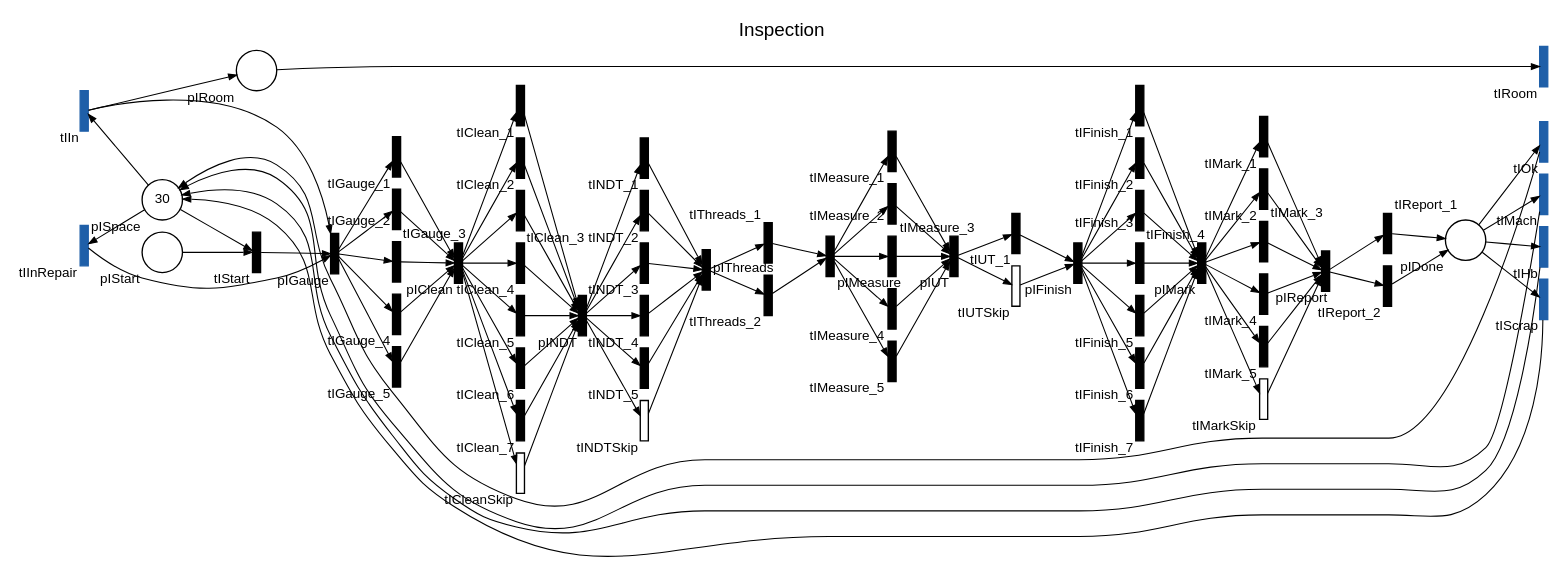
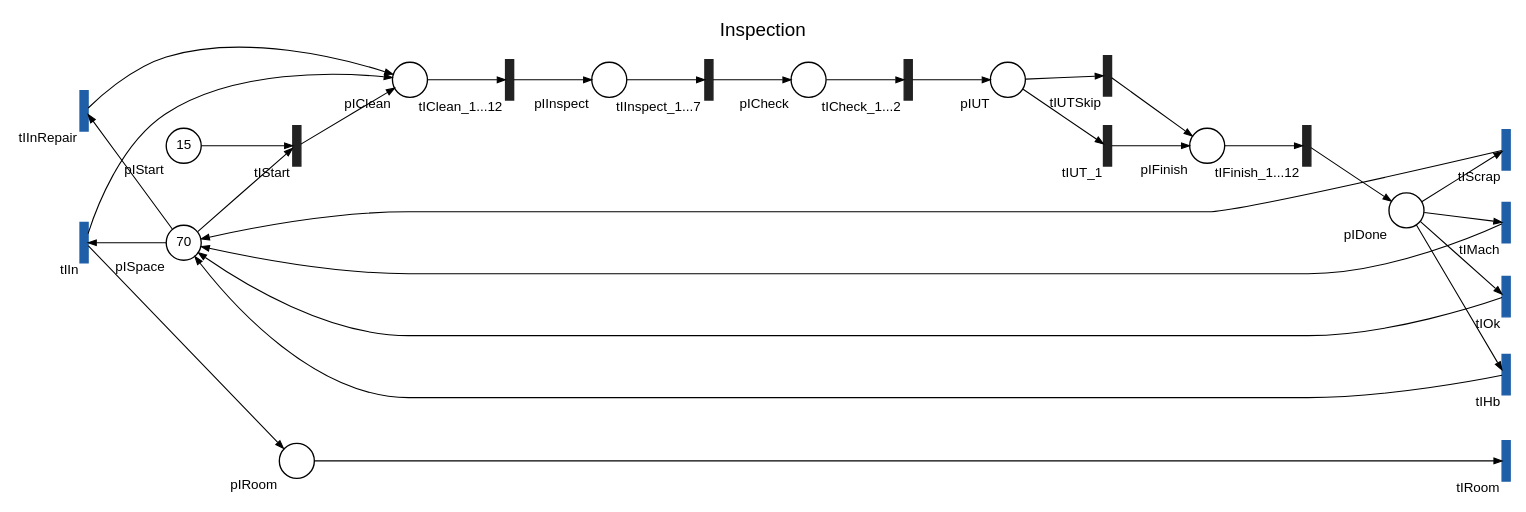
The diagram in figures/nets/inspection.dot (DanyGoT/DAT530-Project), drawn with Graphviz before and after one commit. The commit also changed 21 other files, not shown here.

First line of the commit message:
feat(figures): net drawings made from the PDFs (net_dot)

```diff
--- a/figures/nets/inspection.dot
+++ b/figures/nets/inspection.dot
@@ -1,127 +1,61 @@
-// Inspection module (modules/inspection/inspection_pdf.m)
-// Circles: places. Bars: transitions, blue = port, white = skip.
-// Step k is pI<step> -> tI<step>_1..m -> next step, one transition per person
-// qualified for it (crew [2 3 1 1]: L0 steps 7, L1 5, L2 2, L3 1).
-// tI<step>Skip lets found scrap pass steps it doesn't need.
-// Tokens shown: pISpace = P.hall_space. pIStart (joints on the floor at
-// t = 0) starts from data.
+// Inspection module, made by analysis/net_dot.m from inspection_pdf.m.
 digraph Inspection {
-  rankdir=LR; nodesep=0.12; ranksep=0.55; forcelabels=true;
+  rankdir=LR; nodesep=0.3; ranksep=0.8; forcelabels=true;
   label="Inspection"; labelloc=t; fontname="Helvetica"; fontsize=14;
   node [fontname="Helvetica", fontsize=10, label=""];
   edge [arrowsize=0.6, penwidth=0.8];
-
-  node [shape=box, style=filled, fixedsize=true, width=0.08, height=0.42,
-        color="#1f5fa8", fillcolor="#1f5fa8"];
-  { rank=min; tIIn [xlabel="tIIn"]; tIInRepair [xlabel="tIInRepair"]; }
-  { rank=max; tIRoom [xlabel="tIRoom"]; tIOk [xlabel="tIOk"]; tIMach [xlabel="tIMach"];
-              tIHb [xlabel="tIHb"]; tIScrap [xlabel="tIScrap"]; }
-
-  node [shape=circle, fixedsize=true, width=0.32, style="", color=black, fillcolor=white];
-  pISpace [xlabel="pISpace", label="30"];
-  pIStart [xlabel="pIStart"];
-  pIRoom  [xlabel="pIRoom"];
-  pIDone  [xlabel="pIDone"];
-
-  node [shape=box, style=filled, fixedsize=true, width=0.08, height=0.42,
-        color=black, fillcolor=black];
-  tIStart [xlabel="tIStart"];
-
-  pIStart -> tIStart;  pISpace -> tIStart;  tIStart -> pIGauge;
-  pISpace -> tIIn;     tIIn -> pIGauge;
-  pISpace -> tIInRepair;  tIInRepair -> pIGauge;
-  tIIn -> pIRoom;      pIRoom -> tIRoom;
-
-  // Gauge
-  node [shape=circle, fixedsize=true, width=0.32, style="", color=black, fillcolor=white];
-  pIGauge [xlabel="pIGauge"];
-  node [shape=box, style=filled, fixedsize=true, width=0.08, height=0.42, color=black, fillcolor=black];
-  tIGauge_1 [xlabel="tIGauge_1"];  pIGauge -> tIGauge_1;  tIGauge_1 -> pIClean;
-  tIGauge_2 [xlabel="tIGauge_2"];  pIGauge -> tIGauge_2;  tIGauge_2 -> pIClean;
-  tIGauge_3 [xlabel="tIGauge_3"];  pIGauge -> tIGauge_3;  tIGauge_3 -> pIClean;
-  tIGauge_4 [xlabel="tIGauge_4"];  pIGauge -> tIGauge_4;  tIGauge_4 -> pIClean;
-  tIGauge_5 [xlabel="tIGauge_5"];  pIGauge -> tIGauge_5;  tIGauge_5 -> pIClean;
-
-  // Clean
-  node [shape=circle, fixedsize=true, width=0.32, style="", color=black, fillcolor=white];
-  pIClean [xlabel="pIClean"];
-  node [shape=box, style=filled, fixedsize=true, width=0.08, height=0.42, color=black, fillcolor=black];
-  tIClean_1 [xlabel="tIClean_1"];  pIClean -> tIClean_1;  tIClean_1 -> pINDT;
-  tIClean_2 [xlabel="tIClean_2"];  pIClean -> tIClean_2;  tIClean_2 -> pINDT;
-  tIClean_3 [xlabel="tIClean_3"];  pIClean -> tIClean_3;  tIClean_3 -> pINDT;
-  tIClean_4 [xlabel="tIClean_4"];  pIClean -> tIClean_4;  tIClean_4 -> pINDT;
-  tIClean_5 [xlabel="tIClean_5"];  pIClean -> tIClean_5;  tIClean_5 -> pINDT;
-  tIClean_6 [xlabel="tIClean_6"];  pIClean -> tIClean_6;  tIClean_6 -> pINDT;
-  tIClean_7 [xlabel="tIClean_7"];  pIClean -> tIClean_7;  tIClean_7 -> pINDT;
-  tICleanSkip [xlabel="tICleanSkip", fillcolor=white];  pIClean -> tICleanSkip;  tICleanSkip -> pINDT;
-
-  // NDT
-  node [shape=circle, fixedsize=true, width=0.32, style="", color=black, fillcolor=white];
-  pINDT [xlabel="pINDT"];
-  node [shape=box, style=filled, fixedsize=true, width=0.08, height=0.42, color=black, fillcolor=black];
-  tINDT_1 [xlabel="tINDT_1"];  pINDT -> tINDT_1;  tINDT_1 -> pIThreads;
-  tINDT_2 [xlabel="tINDT_2"];  pINDT -> tINDT_2;  tINDT_2 -> pIThreads;
-  tINDT_3 [xlabel="tINDT_3"];  pINDT -> tINDT_3;  tINDT_3 -> pIThreads;
-  tINDT_4 [xlabel="tINDT_4"];  pINDT -> tINDT_4;  tINDT_4 -> pIThreads;
-  tINDT_5 [xlabel="tINDT_5"];  pINDT -> tINDT_5;  tINDT_5 -> pIThreads;
-  tINDTSkip [xlabel="tINDTSkip", fillcolor=white];  pINDT -> tINDTSkip;  tINDTSkip -> pIThreads;
-
-  // Threads
-  node [shape=circle, fixedsize=true, width=0.32, style="", color=black, fillcolor=white];
-  pIThreads [xlabel="pIThreads"];
-  node [shape=box, style=filled, fixedsize=true, width=0.08, height=0.42, color=black, fillcolor=black];
-  tIThreads_1 [xlabel="tIThreads_1"];  pIThreads -> tIThreads_1;  tIThreads_1 -> pIMeasure;
-  tIThreads_2 [xlabel="tIThreads_2"];  pIThreads -> tIThreads_2;  tIThreads_2 -> pIMeasure;
-
-  // Measure
-  node [shape=circle, fixedsize=true, width=0.32, style="", color=black, fillcolor=white];
-  pIMeasure [xlabel="pIMeasure"];
-  node [shape=box, style=filled, fixedsize=true, width=0.08, height=0.42, color=black, fillcolor=black];
-  tIMeasure_1 [xlabel="tIMeasure_1"];  pIMeasure -> tIMeasure_1;  tIMeasure_1 -> pIUT;
-  tIMeasure_2 [xlabel="tIMeasure_2"];  pIMeasure -> tIMeasure_2;  tIMeasure_2 -> pIUT;
-  tIMeasure_3 [xlabel="tIMeasure_3"];  pIMeasure -> tIMeasure_3;  tIMeasure_3 -> pIUT;
-  tIMeasure_4 [xlabel="tIMeasure_4"];  pIMeasure -> tIMeasure_4;  tIMeasure_4 -> pIUT;
-  tIMeasure_5 [xlabel="tIMeasure_5"];  pIMeasure -> tIMeasure_5;  tIMeasure_5 -> pIUT;
-
-  // UT
-  node [shape=circle, fixedsize=true, width=0.32, style="", color=black, fillcolor=white];
-  pIUT [xlabel="pIUT"];
-  node [shape=box, style=filled, fixedsize=true, width=0.08, height=0.42, color=black, fillcolor=black];
-  tIUT_1 [xlabel="tIUT_1"];  pIUT -> tIUT_1;  tIUT_1 -> pIFinish;
-  tIUTSkip [xlabel="tIUTSkip", fillcolor=white];  pIUT -> tIUTSkip;  tIUTSkip -> pIFinish;
-
-  // Finish
-  node [shape=circle, fixedsize=true, width=0.32, style="", color=black, fillcolor=white];
-  pIFinish [xlabel="pIFinish"];
-  node [shape=box, style=filled, fixedsize=true, width=0.08, height=0.42, color=black, fillcolor=black];
-  tIFinish_1 [xlabel="tIFinish_1"];  pIFinish -> tIFinish_1;  tIFinish_1 -> pIMark;
-  tIFinish_2 [xlabel="tIFinish_2"];  pIFinish -> tIFinish_2;  tIFinish_2 -> pIMark;
-  tIFinish_3 [xlabel="tIFinish_3"];  pIFinish -> tIFinish_3;  tIFinish_3 -> pIMark;
-  tIFinish_4 [xlabel="tIFinish_4"];  pIFinish -> tIFinish_4;  tIFinish_4 -> pIMark;
-  tIFinish_5 [xlabel="tIFinish_5"];  pIFinish -> tIFinish_5;  tIFinish_5 -> pIMark;
-  tIFinish_6 [xlabel="tIFinish_6"];  pIFinish -> tIFinish_6;  tIFinish_6 -> pIMark;
-  tIFinish_7 [xlabel="tIFinish_7"];  pIFinish -> tIFinish_7;  tIFinish_7 -> pIMark;
-
-  // Mark
-  node [shape=circle, fixedsize=true, width=0.32, style="", color=black, fillcolor=white];
-  pIMark [xlabel="pIMark"];
-  node [shape=box, style=filled, fixedsize=true, width=0.08, height=0.42, color=black, fillcolor=black];
-  tIMark_1 [xlabel="tIMark_1"];  pIMark -> tIMark_1;  tIMark_1 -> pIReport;
-  tIMark_2 [xlabel="tIMark_2"];  pIMark -> tIMark_2;  tIMark_2 -> pIReport;
-  tIMark_3 [xlabel="tIMark_3"];  pIMark -> tIMark_3;  tIMark_3 -> pIReport;
-  tIMark_4 [xlabel="tIMark_4"];  pIMark -> tIMark_4;  tIMark_4 -> pIReport;
-  tIMark_5 [xlabel="tIMark_5"];  pIMark -> tIMark_5;  tIMark_5 -> pIReport;
-  tIMarkSkip [xlabel="tIMarkSkip", fillcolor=white];  pIMark -> tIMarkSkip;  tIMarkSkip -> pIReport;
-
-  // Report
-  node [shape=circle, fixedsize=true, width=0.32, style="", color=black, fillcolor=white];
-  pIReport [xlabel="pIReport"];
-  node [shape=box, style=filled, fixedsize=true, width=0.08, height=0.42, color=black, fillcolor=black];
-  tIReport_1 [xlabel="tIReport_1"];  pIReport -> tIReport_1;  tIReport_1 -> pIDone;
-  tIReport_2 [xlabel="tIReport_2"];  pIReport -> tIReport_2;  tIReport_2 -> pIDone;
-
-  // out of the hall: each exit gives back a spot on the floor
-  pIDone -> tIOk;  pIDone -> tIMach;  pIDone -> tIHb;  pIDone -> tIScrap;
-  tIOk -> pISpace [constraint=false];  tIMach -> pISpace [constraint=false];
-  tIHb -> pISpace [constraint=false];  tIScrap -> pISpace [constraint=false];
+  "tICheck_1" [shape=box, style=filled, fixedsize=true, width=0.08, height=0.42, color="#222222", fillcolor="#222222", xlabel="tICheck_1...2"];
+  "tIClean_1" [shape=box, style=filled, fixedsize=true, width=0.08, height=0.42, color="#222222", fillcolor="#222222", xlabel="tIClean_1...12"];
+  "tIFinish_1" [shape=box, style=filled, fixedsize=true, width=0.08, height=0.42, color="#222222", fillcolor="#222222", xlabel="tIFinish_1...12"];
+  "tIHb" [shape=box, style=filled, fixedsize=true, width=0.08, height=0.42, color="#1f5fa8", fillcolor="#1f5fa8", xlabel="tIHb"];
+  "tIIn" [shape=box, style=filled, fixedsize=true, width=0.08, height=0.42, color="#1f5fa8", fillcolor="#1f5fa8", xlabel="tIIn"];
+  "tIInRepair" [shape=box, style=filled, fixedsize=true, width=0.08, height=0.42, color="#1f5fa8", fillcolor="#1f5fa8", xlabel="tIInRepair"];
+  "tIInspect_1" [shape=box, style=filled, fixedsize=true, width=0.08, height=0.42, color="#222222", fillcolor="#222222", xlabel="tIInspect_1...7"];
+  "tIMach" [shape=box, style=filled, fixedsize=true, width=0.08, height=0.42, color="#1f5fa8", fillcolor="#1f5fa8", xlabel="tIMach"];
+  "tIOk" [shape=box, style=filled, fixedsize=true, width=0.08, height=0.42, color="#1f5fa8", fillcolor="#1f5fa8", xlabel="tIOk"];
+  "tIRoom" [shape=box, style=filled, fixedsize=true, width=0.08, height=0.42, color="#1f5fa8", fillcolor="#1f5fa8", xlabel="tIRoom"];
+  "tIScrap" [shape=box, style=filled, fixedsize=true, width=0.08, height=0.42, color="#1f5fa8", fillcolor="#1f5fa8", xlabel="tIScrap"];
+  "tIStart" [shape=box, style=filled, fixedsize=true, width=0.08, height=0.42, color="#222222", fillcolor="#222222", xlabel="tIStart"];
+  "tIUTSkip" [shape=box, style=filled, fixedsize=true, width=0.08, height=0.42, color="#222222", fillcolor="#222222", xlabel="tIUTSkip"];
+  "tIUT_1" [shape=box, style=filled, fixedsize=true, width=0.08, height=0.42, color="#222222", fillcolor="#222222", xlabel="tIUT_1"];
+  { rank=min; "tIIn"; "tIInRepair";  }
+  { rank=max; "tIOk"; "tIMach"; "tIHb"; "tIScrap"; "tIRoom";  }
+  "pIClean" [shape=circle, fixedsize=true, width=0.36, xlabel="pIClean", label=""];
+  "pIInspect" [shape=circle, fixedsize=true, width=0.36, xlabel="pIInspect", label=""];
+  "pICheck" [shape=circle, fixedsize=true, width=0.36, xlabel="pICheck", label=""];
+  "pIUT" [shape=circle, fixedsize=true, width=0.36, xlabel="pIUT", label=""];
+  "pIFinish" [shape=circle, fixedsize=true, width=0.36, xlabel="pIFinish", label=""];
+  "pIDone" [shape=circle, fixedsize=true, width=0.36, xlabel="pIDone", label=""];
+  "pISpace" [shape=circle, fixedsize=true, width=0.36, xlabel="pISpace", label="70"];
+  "pIStart" [shape=circle, fixedsize=true, width=0.36, xlabel="pIStart", label="15"];
+  "pIRoom" [shape=circle, fixedsize=true, width=0.36, xlabel="pIRoom", label=""];
+  "pIStart" -> "tIStart";
+  "pISpace" -> "tIStart";
+  "tIStart" -> "pIClean";
+  "tIIn" -> "pIRoom";
+  "pIRoom" -> "tIRoom";
+  "pISpace" -> "tIIn";
+  "tIIn" -> "pIClean";
+  "pISpace" -> "tIInRepair";
+  "tIInRepair" -> "pIClean";
+  "pIClean" -> "tIClean_1";
+  "tIClean_1" -> "pIInspect";
+  "pIInspect" -> "tIInspect_1";
+  "tIInspect_1" -> "pICheck";
+  "pICheck" -> "tICheck_1";
+  "tICheck_1" -> "pIUT";
+  "pIUT" -> "tIUT_1";
+  "tIUT_1" -> "pIFinish";
+  "pIUT" -> "tIUTSkip";
+  "tIUTSkip" -> "pIFinish";
+  "pIFinish" -> "tIFinish_1";
+  "tIFinish_1" -> "pIDone";
+  "pIDone" -> "tIOk";
+  "tIOk" -> "pISpace";
+  "pIDone" -> "tIMach";
+  "tIMach" -> "pISpace";
+  "pIDone" -> "tIHb";
+  "tIHb" -> "pISpace";
+  "pIDone" -> "tIScrap";
+  "tIScrap" -> "pISpace";
 }
```
